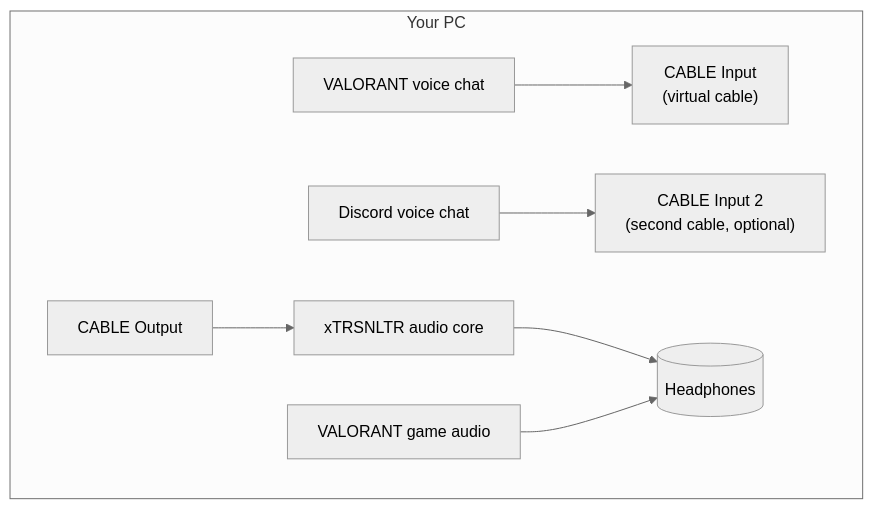
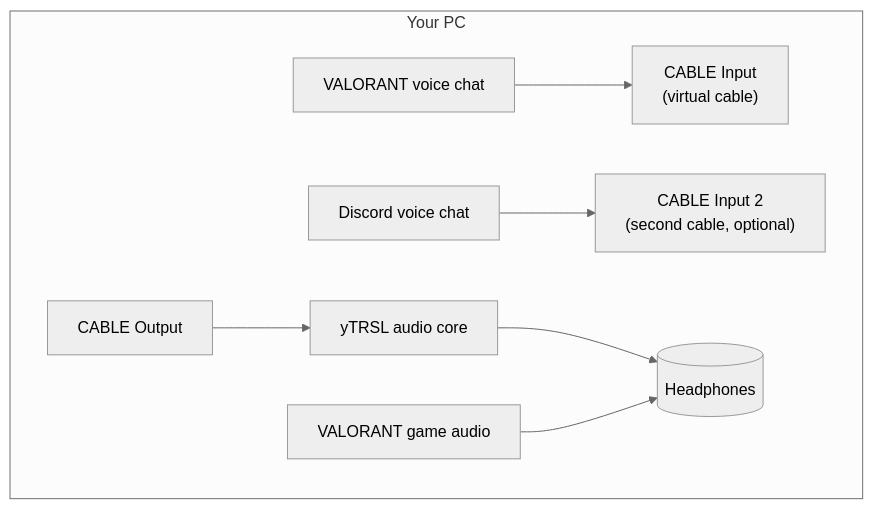
Before and after one commit to jxstme22/ztrsl: the diagram in docs/17_SETUP_GUIDE.md, drawn with Mermaid (neutral theme). The commit also changed other lines of this file and 16 other files, not shown here.

````diff
--- a/docs/17_SETUP_GUIDE.md
+++ b/docs/17_SETUP_GUIDE.md
@@ -55,10 +55,10 @@
 ```mermaid
 flowchart TB
   subgraph Your PC
     VC[VALORANT voice chat] --> CI["CABLE Input<br/>(virtual cable)"]
     DC[Discord voice chat] --> CI2["CABLE Input 2<br/>(second cable, optional)"]
-    CO["CABLE Output"] --> APP["xTRSNLTR audio core"]
+    CO["CABLE Output"] --> APP["yTRSL audio core"]
     APP --> HP[("Headphones")]
     GAME[VALORANT game audio] --> HP
   end
 ```
````
